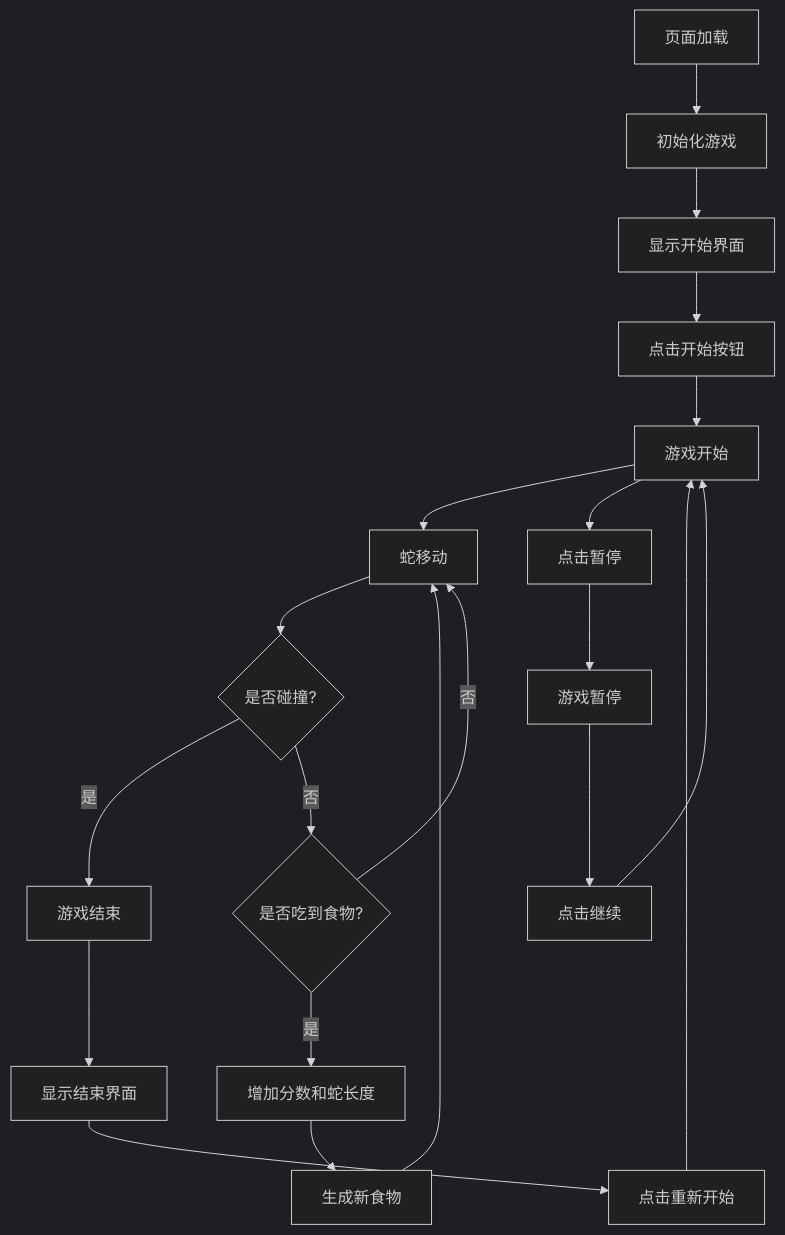
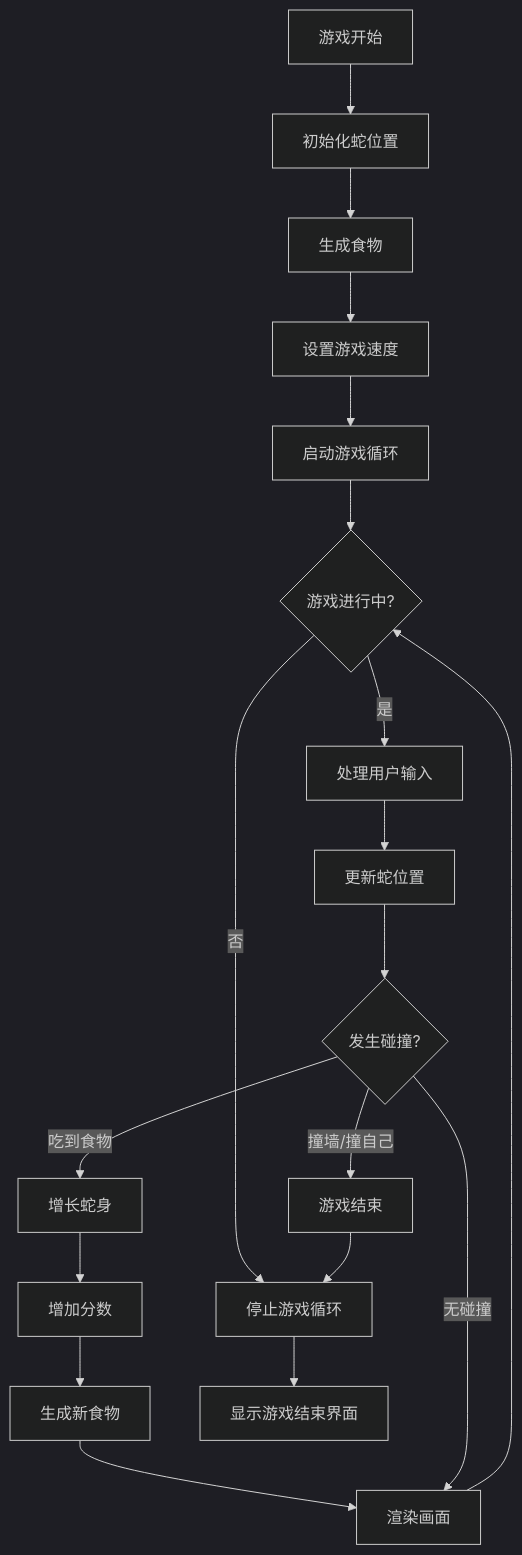
The third of 5 diagrams in 贪吃蛇游戏/需求管理/需求文档主文档/需求文档.md (BLACKck/PDdocs), drawn with Mermaid (dark theme) before and after one commit. The commit also changed other lines of this file and 95 other files, not shown here.

````diff
--- a/贪吃蛇游戏/需求管理/需求文档主文档/需求文档.md
+++ b/贪吃蛇游戏/需求管理/需求文档主文档/需求文档.md
@@ -58,22 +270,26 @@
 ```mermaid
-graph TD
-    A[页面加载] --> B[初始化游戏]
-    B --> C[显示开始界面]
-    C --> D[点击开始按钮]
-    D --> E[游戏开始]
-    E --> F[蛇移动]
-    F --> G{是否碰撞?}
-    G -->|是| H[游戏结束]
-    G -->|否| I{是否吃到食物?}
-    I -->|是| J[增加分数和蛇长度]
-    I -->|否| F
-    J --> K[生成新食物]
-    K --> F
-    H --> L[显示结束界面]
-    L --> M[点击重新开始]
-    M --> E
-    E --> N[点击暂停]
-    N --> O[游戏暂停]
-    O --> P[点击继续]
-    P --> E
+flowchart TD
+    A[游戏开始] --> B[初始化蛇位置]
+    B --> C[生成食物]
+    C --> D[设置游戏速度]
+    D --> E[启动游戏循环]
+    
+    E --> F{游戏进行中?}
+    F -->|是| G[处理用户输入]
+    G --> H[更新蛇位置]
+    H --> I{发生碰撞?}
+    
+    I -->|撞墙/撞自己| J[游戏结束]
+    I -->|吃到食物| K[增长蛇身]
+    K --> L[增加分数]
+    L --> M[生成新食物]
+    M --> N[渲染画面]
+    N --> F
+    
+    I -->|无碰撞| N
+    
+    F -->|否| O[停止游戏循环]
+    O --> P[显示游戏结束界面]
+    
+    J --> O
 ```
````
